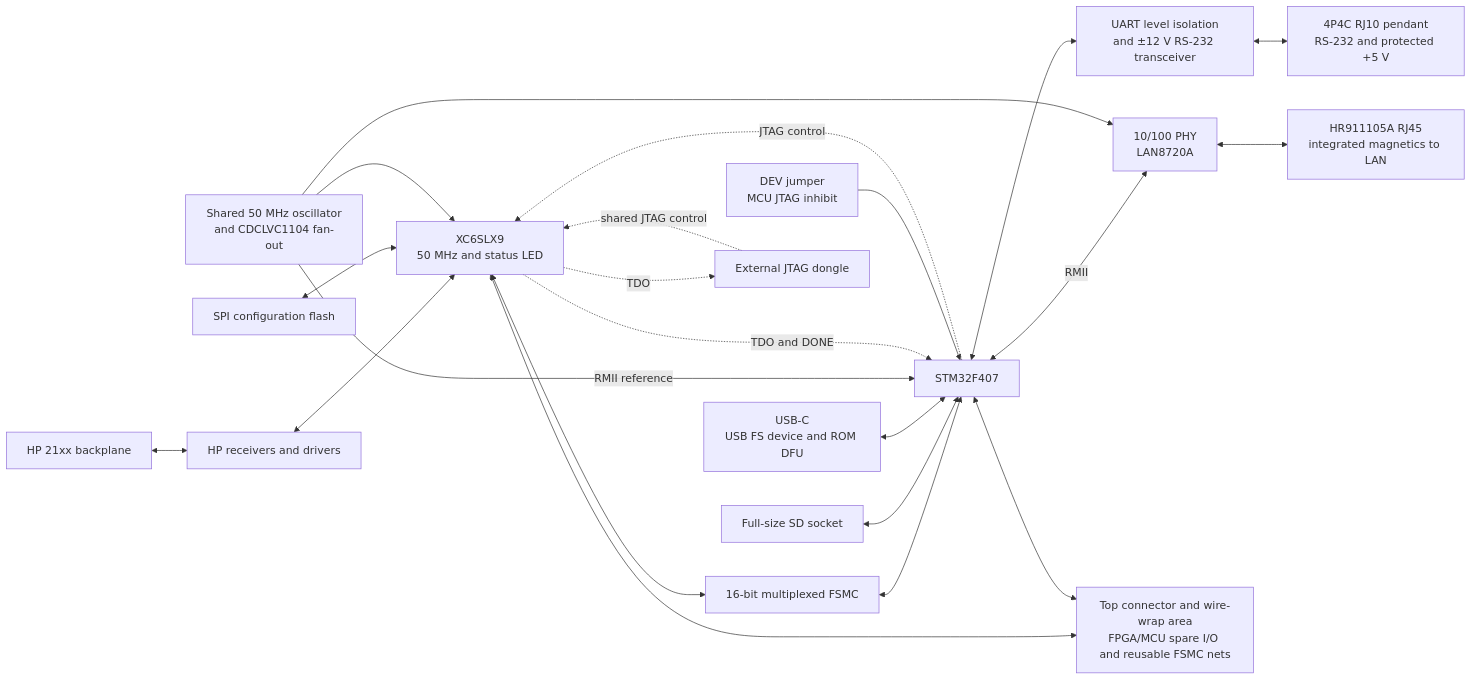
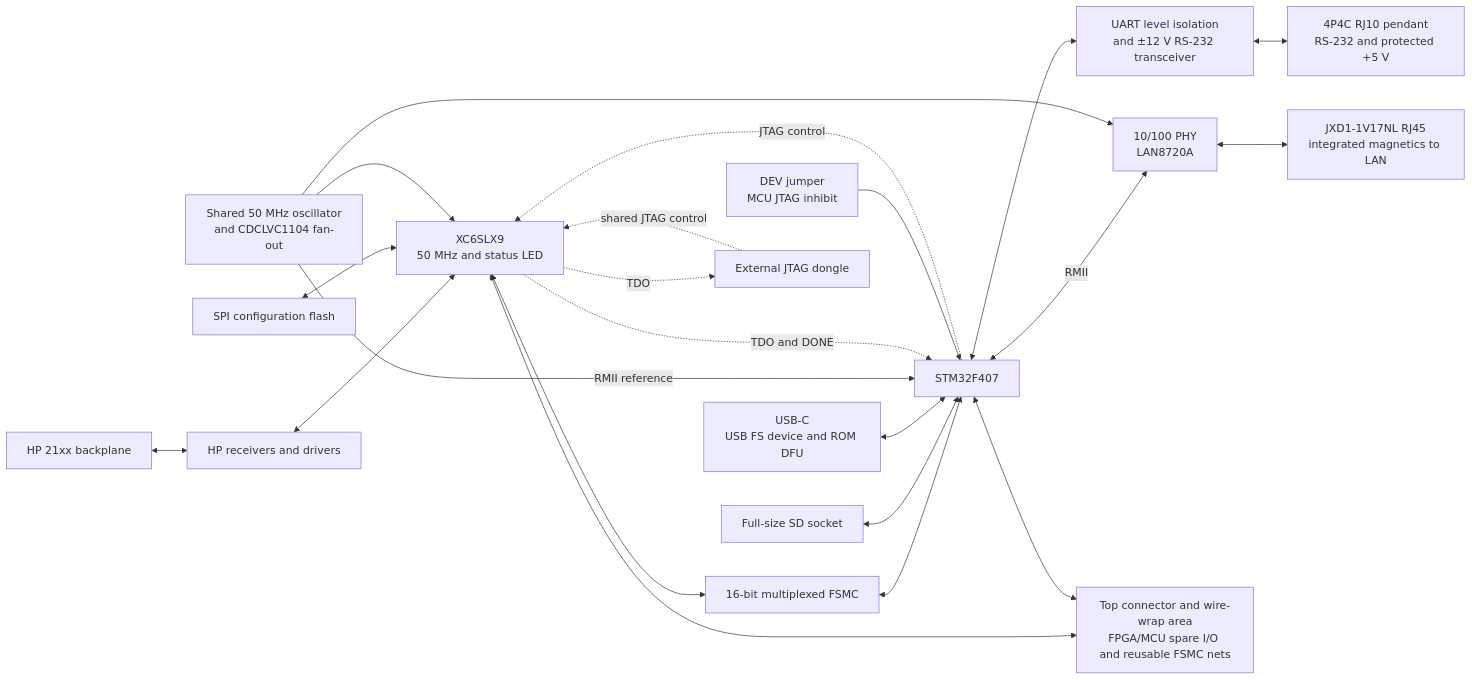
The diagram in requirements/INTEGRATED_BOARD_DESIGN.md (MattisLind/HP21xx_IO_FPGA), drawn with Mermaid before and after one commit. The commit also changed other lines of this file and 6 other files, not shown here.

````diff
--- a/requirements/INTEGRATED_BOARD_DESIGN.md
+++ b/requirements/INTEGRATED_BOARD_DESIGN.md
@@ -65,24 +69,24 @@
 ```mermaid
 flowchart LR
     HP[HP 21xx backplane] <--> IO[HP receivers and drivers]
     IO <--> FPGA[XC6SLX9\n50 MHz and status LED]
     FPGA <--> FSMC[16-bit multiplexed FSMC]
     FSMC <--> MCU[STM32F407]
     SPI[SPI configuration flash] <--> FPGA
     SD[Full-size SD socket] <--> MCU
     USB[USB-C\nUSB FS device and ROM DFU] <--> MCU
     MCU <-- RMII --> PHY[10/100 PHY\nLAN8720A]
-    PHY <--> NET[HR911105A RJ45\nintegrated magnetics to LAN]
+    PHY <--> NET[JXD1-1V17NL RJ45\nintegrated magnetics to LAN]
     CLK[Shared 50 MHz oscillator\nand CDCLVC1104 fan-out] --> FPGA
     CLK --> PHY
     CLK -- RMII reference --> MCU
     MCU <--> RS[UART level isolation\nand ±12 V RS-232 transceiver]
     RS <--> RJ[4P4C RJ10 pendant\nRS-232 and protected +5 V]
     MCU -. JTAG control .-> FPGA
     FPGA -. TDO and DONE .-> MCU
     EXT[External JTAG dongle] -. shared JTAG control .-> FPGA
     FPGA -. TDO .-> EXT
     DEV[DEV jumper\nMCU JTAG inhibit] --> MCU
     FPGA <--> EXP[Top connector and wire-wrap area\nFPGA/MCU spare I/O and reusable FSMC nets]
     MCU <--> EXP
 ```
````
